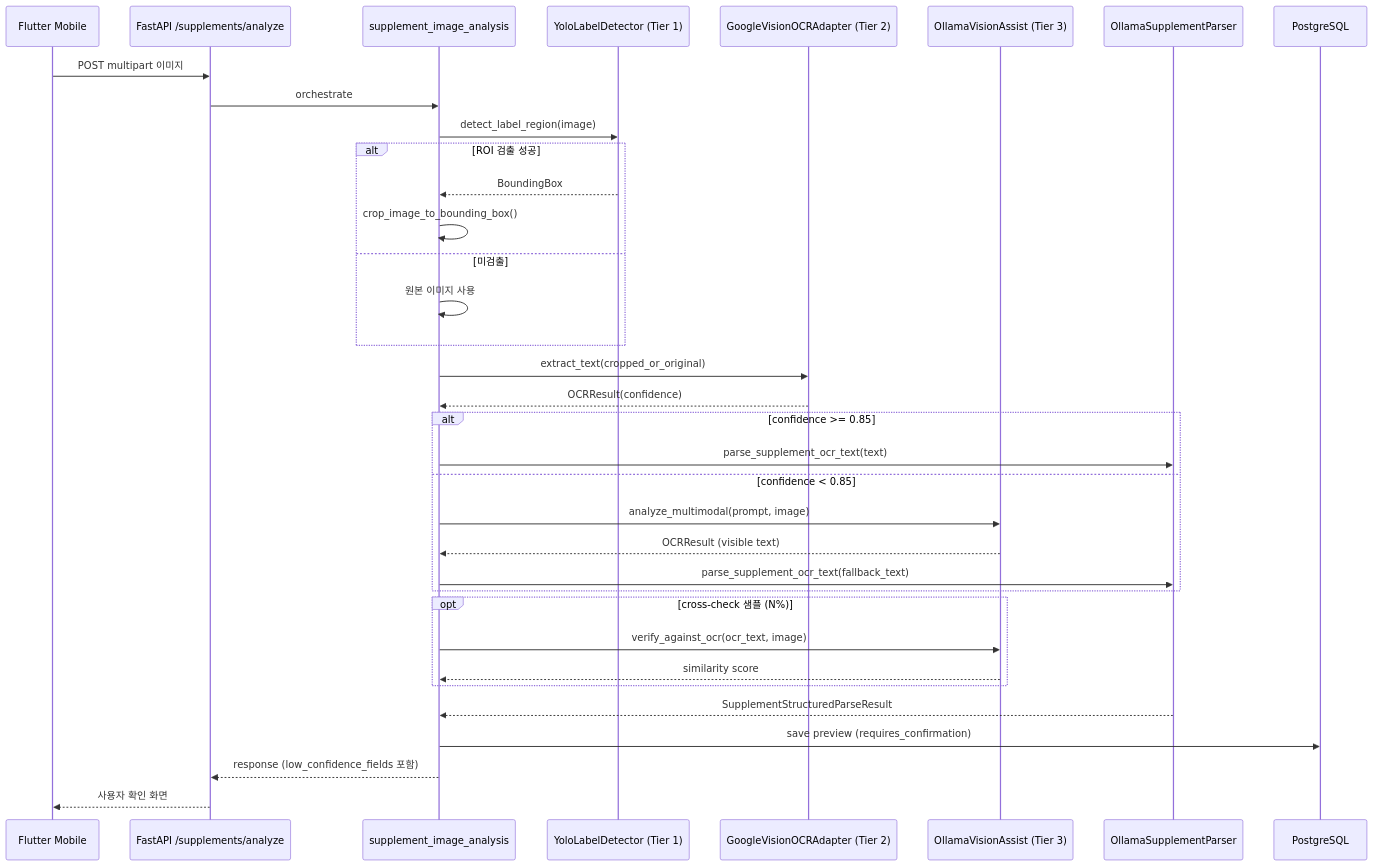
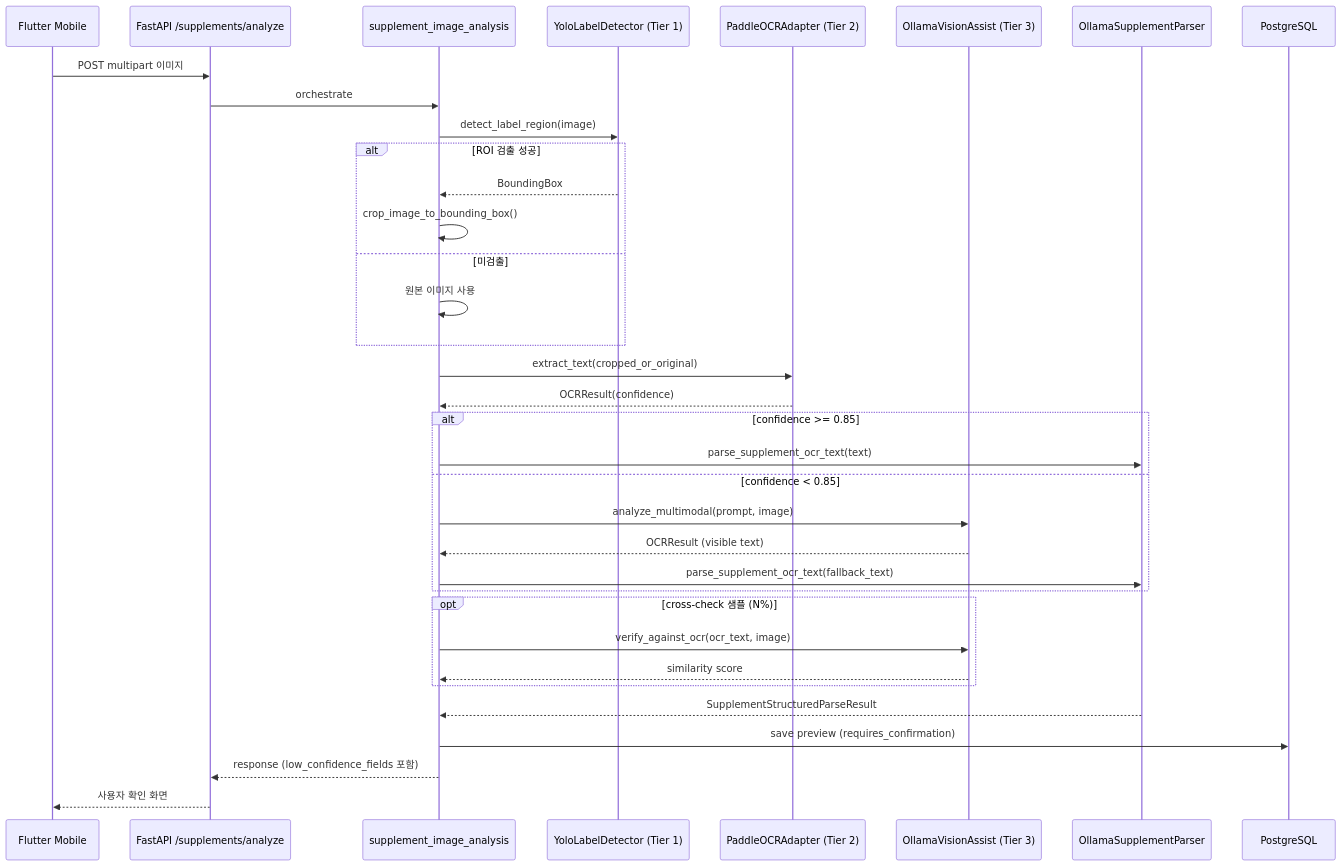
Before and after one commit to Lemon-Aid-KDT/Lemon-sin: the diagram in docs/Nutrition-docs/33-three-tier-ocr-pipeline-implementation-guide.md, drawn with Mermaid. The commit also changed other lines of this file and 51 other files, not shown here.

````diff
--- a/docs/Nutrition-docs/33-three-tier-ocr-pipeline-implementation-guide.md
+++ b/docs/Nutrition-docs/33-three-tier-ocr-pipeline-implementation-guide.md
@@ -52,38 +53,38 @@
 ```mermaid
 sequenceDiagram
     participant M as Flutter Mobile
     participant API as FastAPI /supplements/analyze
     participant SVC as supplement_image_analysis
     participant YOLO as YoloLabelDetector (Tier 1)
-    participant GV as GoogleVisionOCRAdapter (Tier 2)
+    participant PADDLE as PaddleOCRAdapter (Tier 2)
     participant OLV as OllamaVisionAssist (Tier 3)
     participant PARSE as OllamaSupplementParser
     participant DB as PostgreSQL
 
     M->>API: POST multipart 이미지
     API->>SVC: orchestrate
     SVC->>YOLO: detect_label_region(image)
     alt ROI 검출 성공
         YOLO-->>SVC: BoundingBox
         SVC->>SVC: crop_image_to_bounding_box()
     else 미검출
         SVC->>SVC: 원본 이미지 사용
     end
-    SVC->>GV: extract_text(cropped_or_original)
-    GV-->>SVC: OCRResult(confidence)
+    SVC->>PADDLE: extract_text(cropped_or_original)
+    PADDLE-->>SVC: OCRResult(confidence)
     alt confidence >= 0.85
         SVC->>PARSE: parse_supplement_ocr_text(text)
     else confidence < 0.85
         SVC->>OLV: analyze_multimodal(prompt, image)
         OLV-->>SVC: OCRResult (visible text)
         SVC->>PARSE: parse_supplement_ocr_text(fallback_text)
     end
     opt cross-check 샘플 (N%)
         SVC->>OLV: verify_against_ocr(ocr_text, image)
         OLV-->>SVC: similarity score
     end
     PARSE-->>SVC: SupplementStructuredParseResult
     SVC->>DB: save preview (requires_confirmation)
     SVC-->>API: response (low_confidence_fields 포함)
     API-->>M: 사용자 확인 화면
 ```
````
